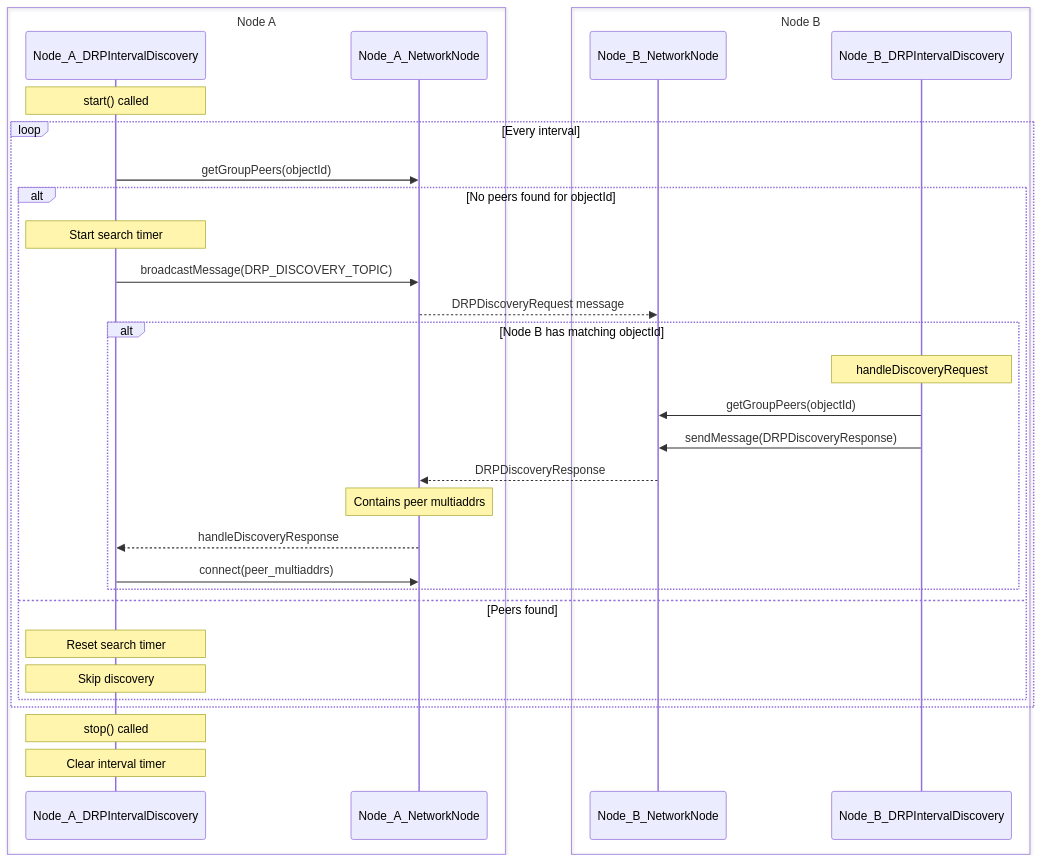
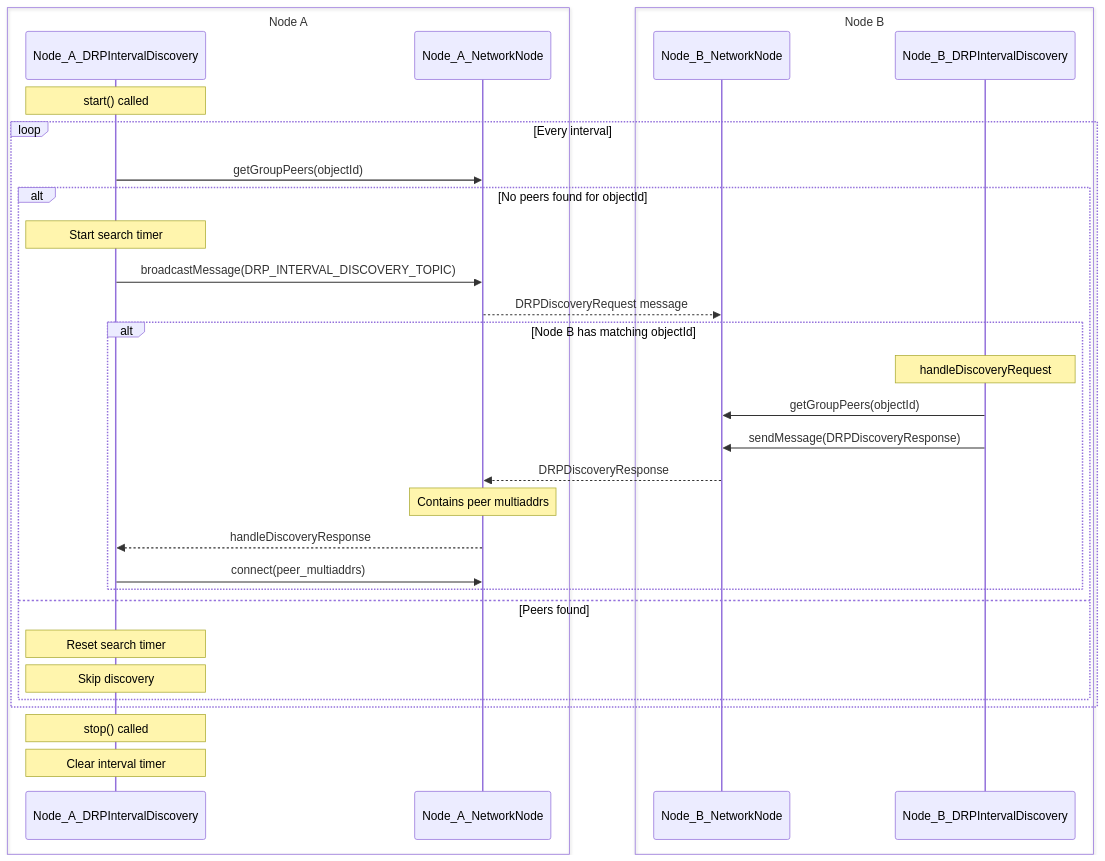
One commit to trungnotchung/ts-drp changed the diagram in packages/interval-discovery/README.md. Above: the diagram before and after it, drawn with Mermaid. The commit also changed other lines of this file and 5 other files, not shown here.

Commit message:
fix(interval-discovery)!: now use a != topic in order not to have many invalid operation logs (#589)

````diff
--- a/packages/interval-discovery/README.md
+++ b/packages/interval-discovery/README.md
@@ -23,40 +23,40 @@
 ```mermaid
 sequenceDiagram
     box Node A
     participant Node_A_DRPIntervalDiscovery
     participant Node_A_NetworkNode
     end
     
     box Node B
     participant Node_B_NetworkNode
     participant Node_B_DRPIntervalDiscovery
     end
     
     Note over Node_A_DRPIntervalDiscovery: start() called
     
     loop Every interval
         Node_A_DRPIntervalDiscovery->>Node_A_NetworkNode: getGroupPeers(objectId)
         
         alt No peers found for objectId
             Note over Node_A_DRPIntervalDiscovery: Start search timer
-            Node_A_DRPIntervalDiscovery->>Node_A_NetworkNode: broadcastMessage(DRP_DISCOVERY_TOPIC)
+            Node_A_DRPIntervalDiscovery->>Node_A_NetworkNode: broadcastMessage(DRP_INTERVAL_DISCOVERY_TOPIC)
             Node_A_NetworkNode-->>Node_B_NetworkNode: DRPDiscoveryRequest message
             
             alt Node B has matching objectId
                 Note over Node_B_DRPIntervalDiscovery: handleDiscoveryRequest
                 Node_B_DRPIntervalDiscovery->>Node_B_NetworkNode: getGroupPeers(objectId)
                 Node_B_DRPIntervalDiscovery->>Node_B_NetworkNode: sendMessage(DRPDiscoveryResponse)
                 Node_B_NetworkNode-->>Node_A_NetworkNode: DRPDiscoveryResponse
                 Note over Node_A_NetworkNode: Contains peer multiaddrs
                 Node_A_NetworkNode-->>Node_A_DRPIntervalDiscovery: handleDiscoveryResponse
                 Node_A_DRPIntervalDiscovery->>Node_A_NetworkNode: connect(peer_multiaddrs)
             end
         else Peers found
             Note over Node_A_DRPIntervalDiscovery: Reset search timer
             Note over Node_A_DRPIntervalDiscovery: Skip discovery
         end
     end
     
     Note over Node_A_DRPIntervalDiscovery: stop() called
     Note over Node_A_DRPIntervalDiscovery: Clear interval timer
 ```
````
